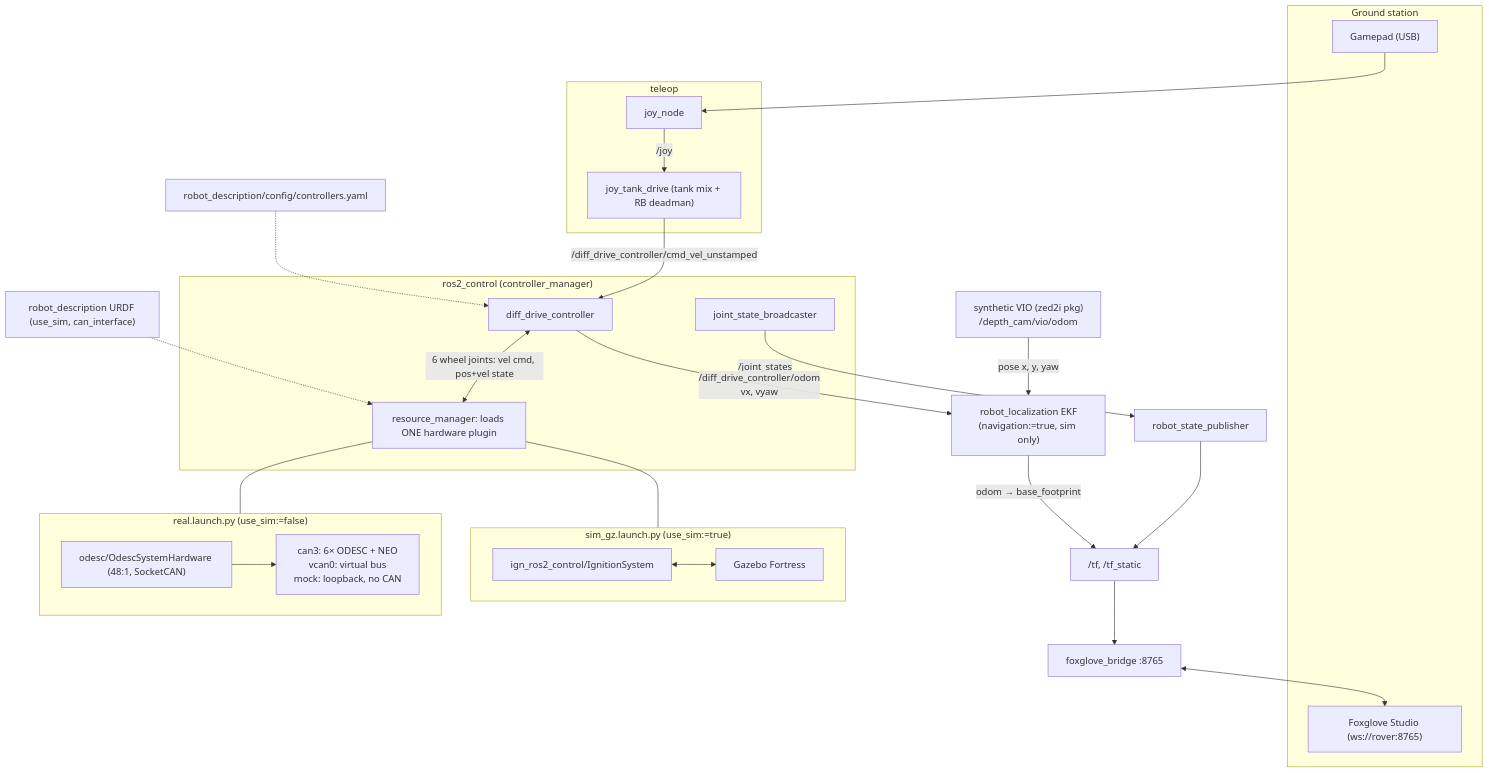
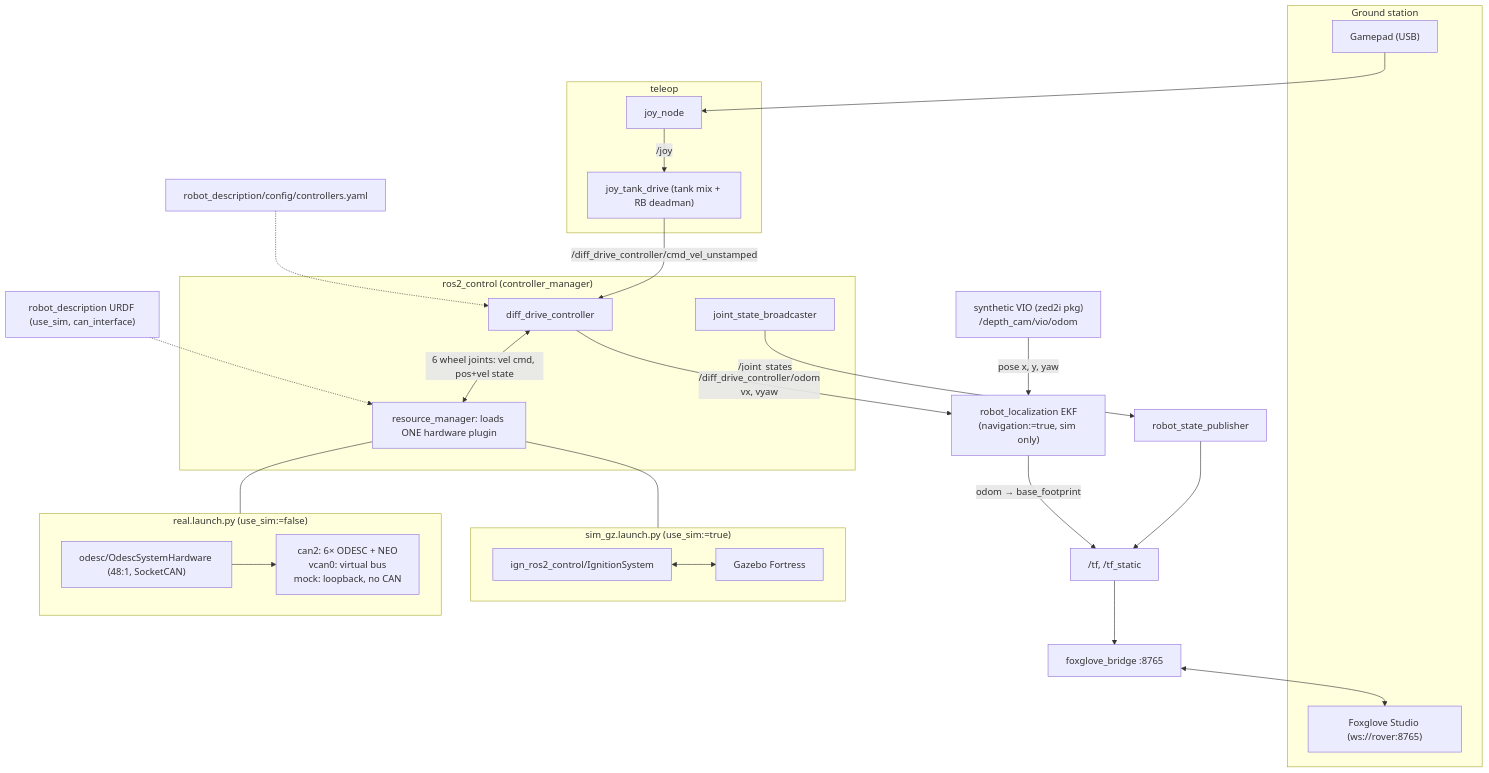
One commit to BILLEE-BroncoSTAR/billee-software-2027 changed the diagram in docs/architecture.md. Above: the diagram before and after it, drawn with Mermaid. The commit also changed other lines of this file and 5 other files, not shown here.

````diff
--- a/docs/architecture.md
+++ b/docs/architecture.md
@@ -7,39 +7,39 @@
 ```mermaid
 flowchart TB
     subgraph OP["Ground station"]
         PAD["Gamepad (USB)"]
         FGS["Foxglove Studio (ws://rover:8765)"]
     end
 
     subgraph TELE["teleop"]
         JOY["joy_node"]
         TANK["joy_tank_drive (tank mix + RB deadman)"]
     end
     PAD --> JOY -->|"/joy"| TANK
     TANK -->|"/diff_drive_controller/cmd_vel_unstamped"| DDC
 
     subgraph CTRL["ros2_control (controller_manager)"]
         DDC["diff_drive_controller"]
         JSB["joint_state_broadcaster"]
         RM["resource_manager: loads ONE hardware plugin"]
         DDC <-->|"6 wheel joints: vel cmd, pos+vel state"| RM
     end
     CFG["robot_description/config/controllers.yaml"] -.-> DDC
     URDF["robot_description URDF (use_sim, can_interface)"] -.-> RM
 
     subgraph SIMB["sim_gz.launch.py (use_sim:=true)"]
         IGN["ign_ros2_control/IgnitionSystem"] <--> GZ["Gazebo Fortress"]
     end
     subgraph REALB["real.launch.py (use_sim:=false)"]
         ODESC["odesc/OdescSystemHardware (48:1, SocketCAN)"]
-        ODESC --> CAN["can3: 6× ODESC + NEO<br/>vcan0: virtual bus<br/>mock: loopback, no CAN"]
+        ODESC --> CAN["can2: 6× ODESC + NEO<br/>vcan0: virtual bus<br/>mock: loopback, no CAN"]
     end
     RM --- SIMB
     RM --- REALB
 
     JSB -->|"/joint_states"| RSP["robot_state_publisher"] --> TF["/tf, /tf_static"]
     VIO["synthetic VIO (zed2i pkg)<br/>/depth_cam/vio/odom"] -->|"pose x, y, yaw"| EKF["robot_localization EKF<br/>(navigation:=true, sim only)"]
     DDC -->|"/diff_drive_controller/odom<br/>vx, vyaw"| EKF
     EKF -->|"odom → base_footprint"| TF
     TF --> FB["foxglove_bridge :8765"] <--> FGS
 ```
````
